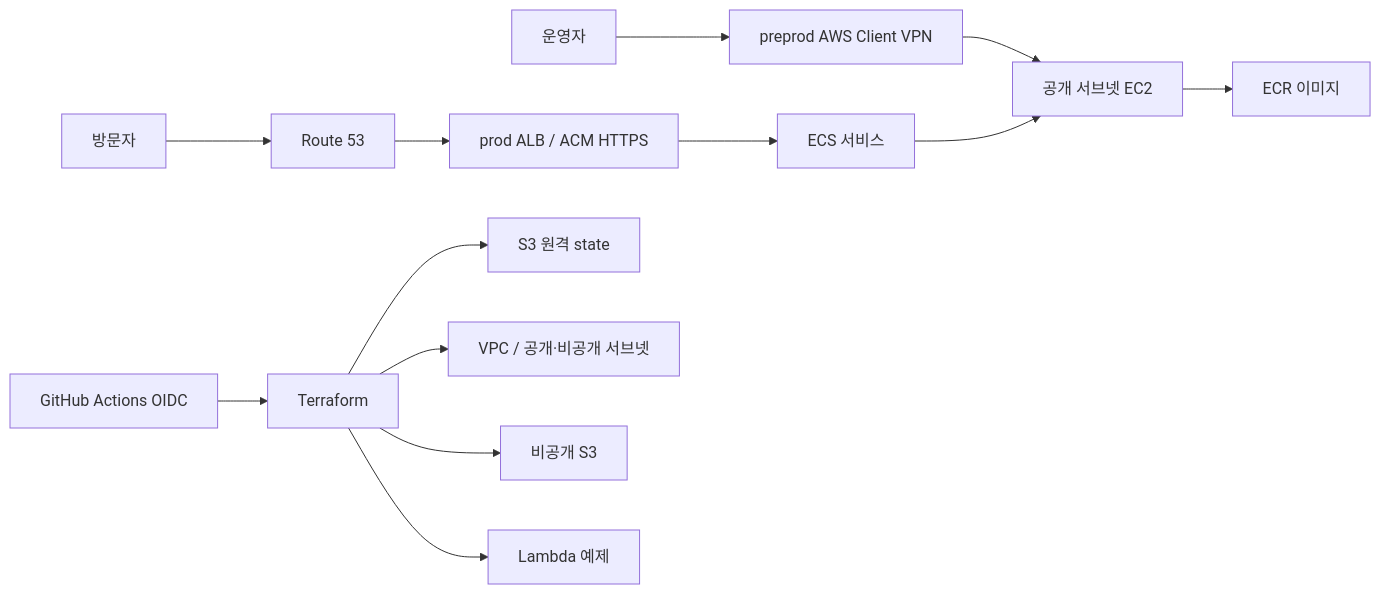
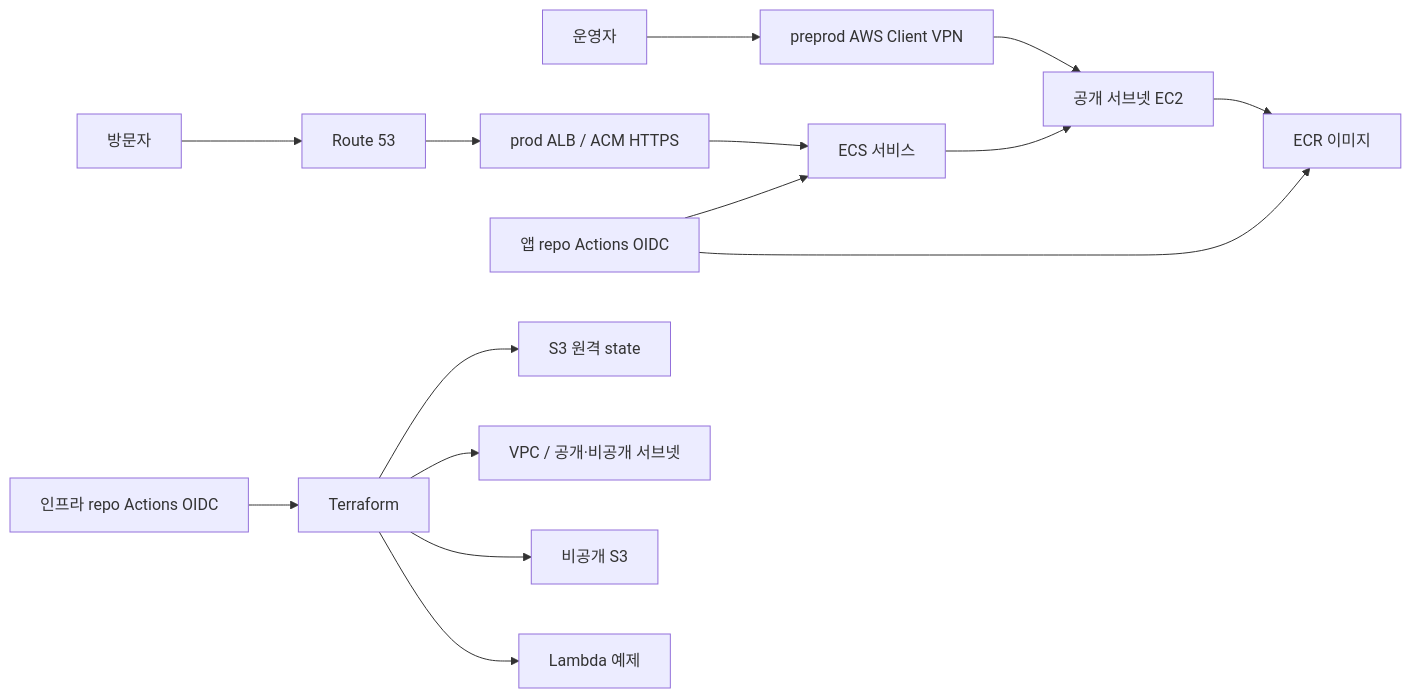
One commit to ban-dal/aws-ecs-fullstack-app changed the first of 2 diagrams in docs/architecture.md. Above: the diagram before and after it, drawn with Mermaid. The commit also changed other lines of this file and 41 other files, not shown here.

````diff
--- a/docs/architecture.md
+++ b/docs/architecture.md
@@ -5,15 +5,17 @@
 ```mermaid
 flowchart LR
   Browser[방문자] --> DNS[Route 53]
   DNS --> ALB[prod ALB / ACM HTTPS]
   ALB --> ECS[ECS 서비스]
   Operator[운영자] --> VPN[preprod AWS Client VPN]
   VPN --> EC2
   ECS --> EC2[공개 서브넷 EC2]
   EC2 --> ECR[ECR 이미지]
-  CI[GitHub Actions OIDC] --> TF[Terraform]
+  InfraCI[인프라 repo Actions OIDC] --> TF[Terraform]
+  AppCI[앱 repo Actions OIDC] --> ECR
+  AppCI --> ECS
   TF --> State[S3 원격 state]
   TF --> VPC[VPC / 공개·비공개 서브넷]
   TF --> Assets[비공개 S3]
   TF --> Lambda[Lambda 예제]
 ```
````
